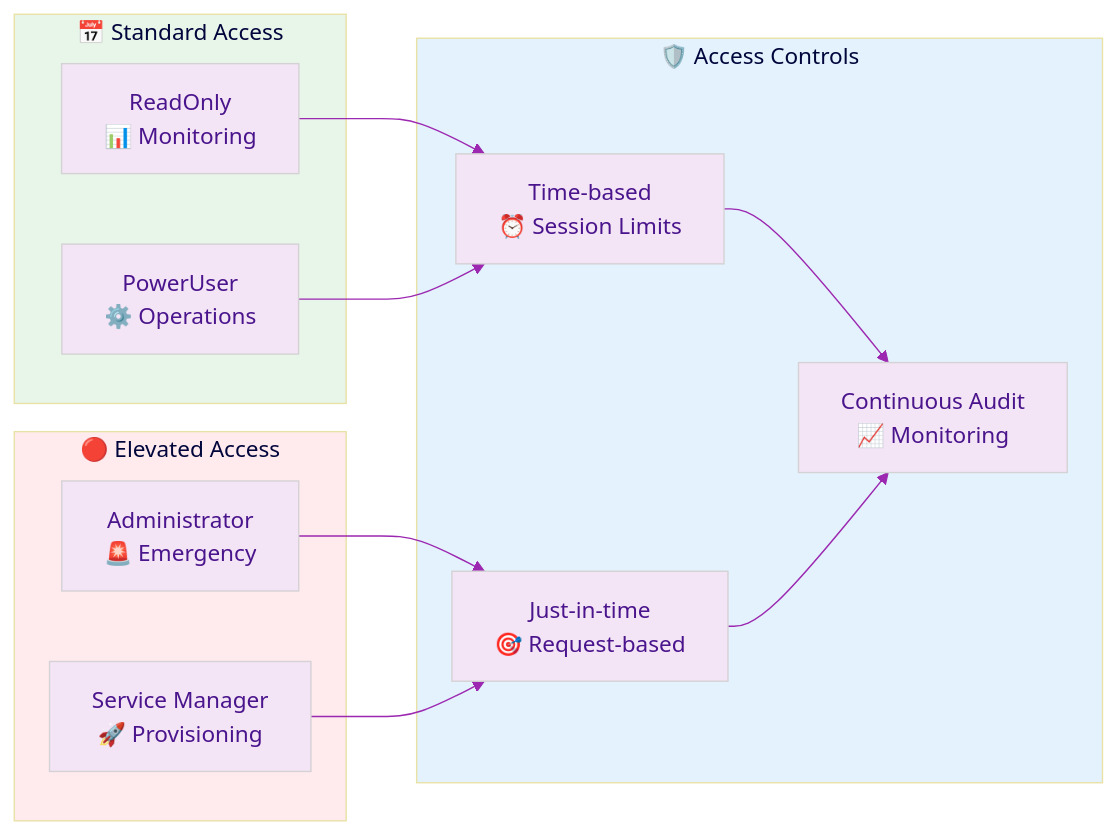
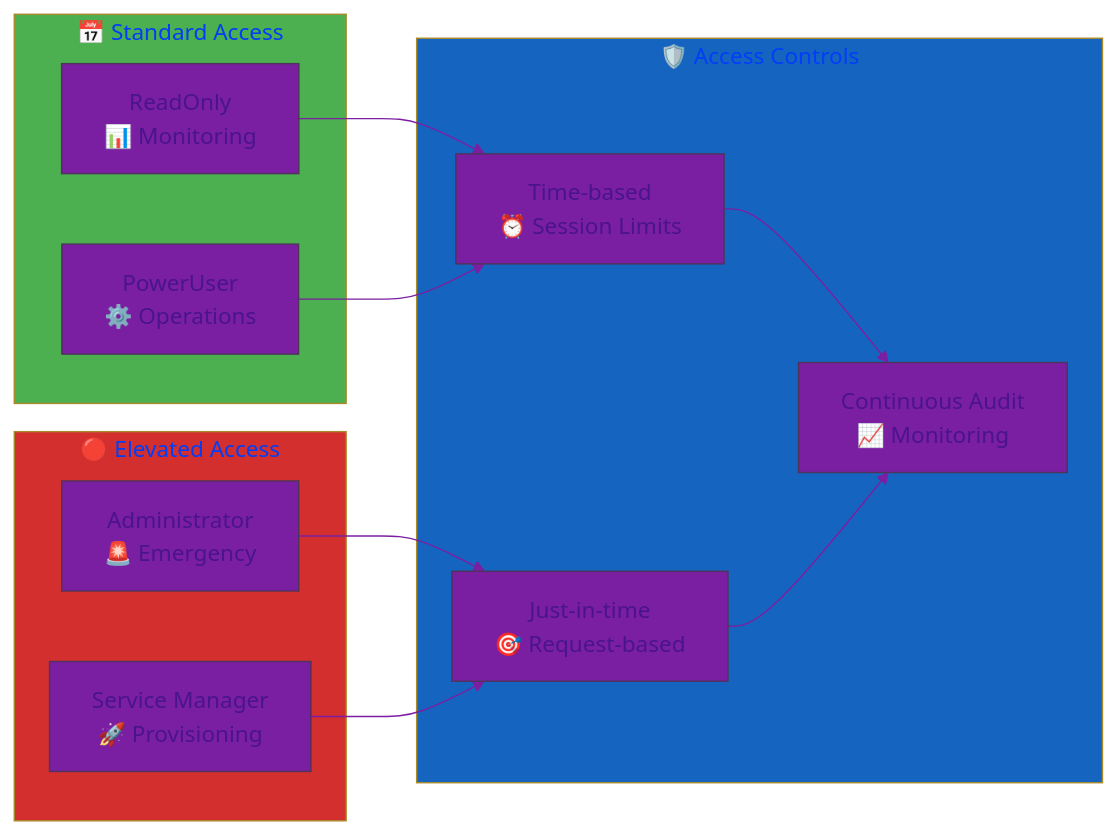
Before and after one commit to Hack23/ISMS-PUBLIC: the third of 4 diagrams in Access_Control_Policy.md, drawn with Mermaid. The commit also changed other lines of this file, not shown here.

````diff
--- a/Access_Control_Policy.md
+++ b/Access_Control_Policy.md
@@ -175,42 +175,42 @@
 ```mermaid
 %%{
   init: {
     'theme': 'base',
     'themeVariables': {
-      'primaryColor': '#f3e5f5',
+      'primaryColor': '#7B1FA2',
       'primaryTextColor': '#4a148c',
-      'lineColor': '#9c27b0',
-      'secondaryColor': '#e8f5e9',
-      'tertiaryColor': '#fff9c4'
+      'lineColor': '#7B1FA2',
+      'secondaryColor': '#4CAF50',
+      'tertiaryColor': '#FFC107'
     }
   }
 }%%
 flowchart LR
     subgraph Standard["📅 Standard Access"]
         READ[ReadOnly<br/>📊 Monitoring]
         POWER[PowerUser<br/>⚙️ Operations]
     end
     
     subgraph Elevated["🔴 Elevated Access"]
         ADMIN[Administrator<br/>🚨 Emergency]
         CATALOG[Service Manager<br/>🚀 Provisioning]
     end
     
     subgraph Controls["🛡️ Access Controls"]
         TIME[Time-based<br/>⏰ Session Limits]
         JUST[Just-in-time<br/>🎯 Request-based]
         AUDIT[Continuous Audit<br/>📈 Monitoring]
     end
     
     READ --> TIME
     POWER --> TIME
     ADMIN --> JUST
     CATALOG --> JUST
     
     TIME --> AUDIT
     JUST --> AUDIT
     
-    style Standard fill:#e8f5e9
-    style Elevated fill:#ffebee
-    style Controls fill:#e3f2fd
+    style Standard fill:#4CAF50
+    style Elevated fill:#D32F2F
+    style Controls fill:#1565C0
 ```
````
